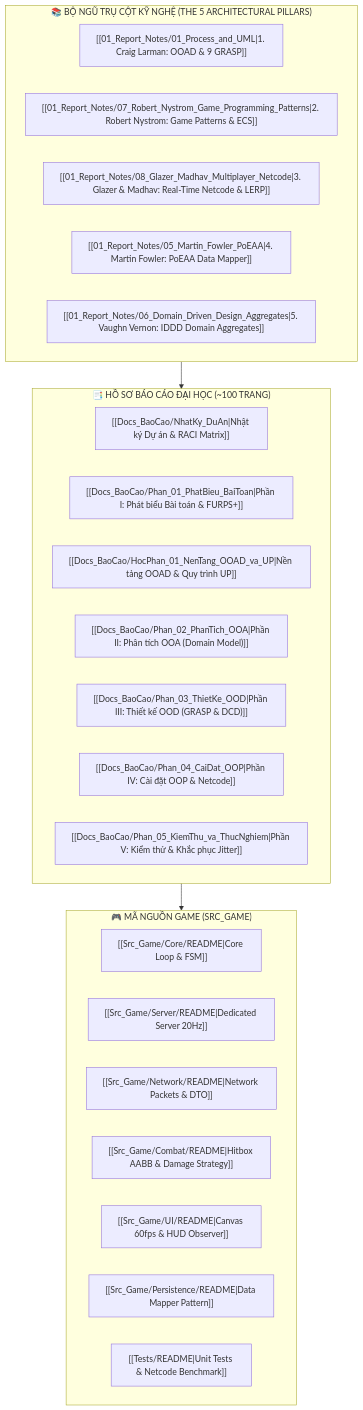
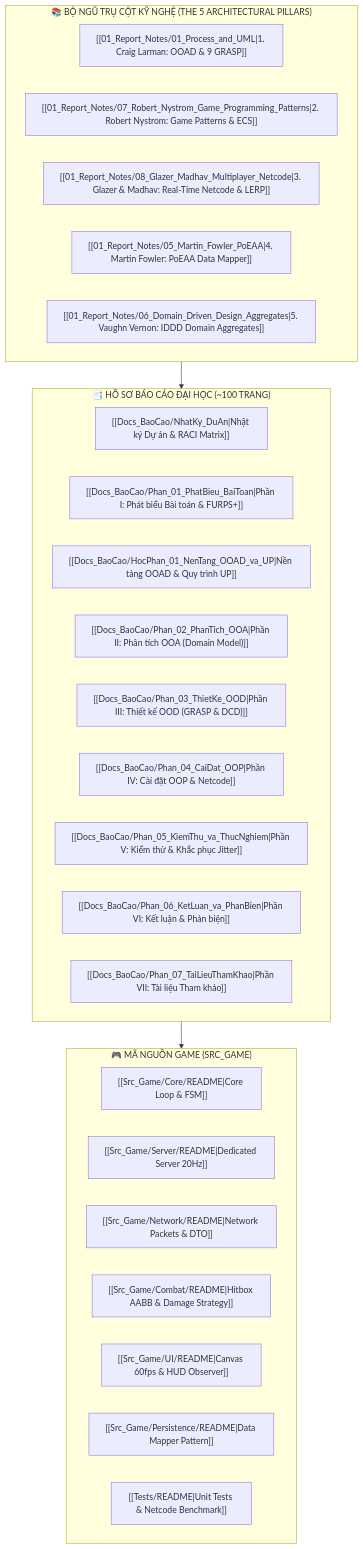
One commit to Tran1209/UML-Patterns-Mastery changed the diagram in DASHBOARD.md. Above: the diagram before and after it, drawn with Mermaid. The commit also changed other lines of this file and 3 other files, not shown here.

````diff
--- a/DASHBOARD.md
+++ b/DASHBOARD.md
@@ -29,33 +29,35 @@
 ```mermaid
 flowchart TD
     subgraph KB["📚 BỘ NGŨ TRỤ CỘT KỸ NGHỆ (THE 5 ARCHITECTURAL PILLARS)"]
         K1["[[01_Report_Notes/01_Process_and_UML|1. Craig Larman: OOAD & 9 GRASP]]"]
         K2["[[01_Report_Notes/07_Robert_Nystrom_Game_Programming_Patterns|2. Robert Nystrom: Game Patterns & ECS]]"]
         K3["[[01_Report_Notes/08_Glazer_Madhav_Multiplayer_Netcode|3. Glazer & Madhav: Real-Time Netcode & LERP]]"]
         K4["[[01_Report_Notes/05_Martin_Fowler_PoEAA|4. Martin Fowler: PoEAA Data Mapper]]"]
         K5["[[01_Report_Notes/06_Domain_Driven_Design_Aggregates|5. Vaughn Vernon: IDDD Domain Aggregates]]"]
     end
 
     subgraph REPORT["📑 HỒ SƠ BÁO CÁO ĐẠI HỌC (~100 TRANG)"]
         R0["[[Docs_BaoCao/NhatKy_DuAn|Nhật ký Dự án & RACI Matrix]]"]
         R1["[[Docs_BaoCao/Phan_01_PhatBieu_BaiToan|Phần I: Phát biểu Bài toán & FURPS+]]"]
         R2["[[Docs_BaoCao/HocPhan_01_NenTang_OOAD_va_UP|Nền tảng OOAD & Quy trình UP]]"]
         R3["[[Docs_BaoCao/Phan_02_PhanTich_OOA|Phần II: Phân tích OOA (Domain Model)]]"]
         R4["[[Docs_BaoCao/Phan_03_ThietKe_OOD|Phần III: Thiết kế OOD (GRASP & DCD)]]"]
         R5["[[Docs_BaoCao/Phan_04_CaiDat_OOP|Phần IV: Cài đặt OOP & Netcode]]"]
         R6["[[Docs_BaoCao/Phan_05_KiemThu_va_ThucNghiem|Phần V: Kiểm thử & Khắc phục Jitter]]"]
+        R7["[[Docs_BaoCao/Phan_06_KetLuan_va_PhanBien|Phần VI: Kết luận & Phản biện]]"]
+        R8["[[Docs_BaoCao/Phan_07_TaiLieuThamKhao|Phần VII: Tài liệu Tham khảo]]"]
     end
 
     subgraph CODE["🎮 MÃ NGUỒN GAME (SRC_GAME)"]
         C1["[[Src_Game/Core/README|Core Loop & FSM]]"]
         C2["[[Src_Game/Server/README|Dedicated Server 20Hz]]"]
         C3["[[Src_Game/Network/README|Network Packets & DTO]]"]
         C4["[[Src_Game/Combat/README|Hitbox AABB & Damage Strategy]]"]
         C5["[[Src_Game/UI/README|Canvas 60fps & HUD Observer]]"]
         C6["[[Src_Game/Persistence/README|Data Mapper Pattern]]"]
         C7["[[Tests/README|Unit Tests & Netcode Benchmark]]"]
     end
 
     KB --> REPORT
     REPORT --> CODE
 ```
````
